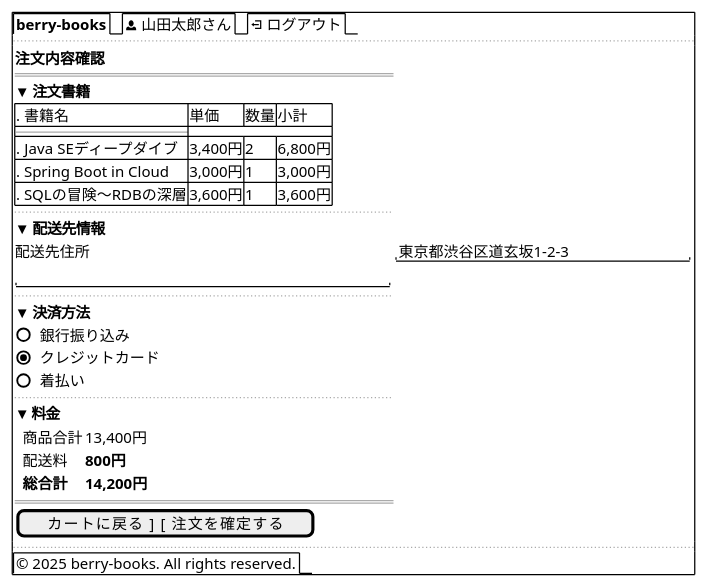
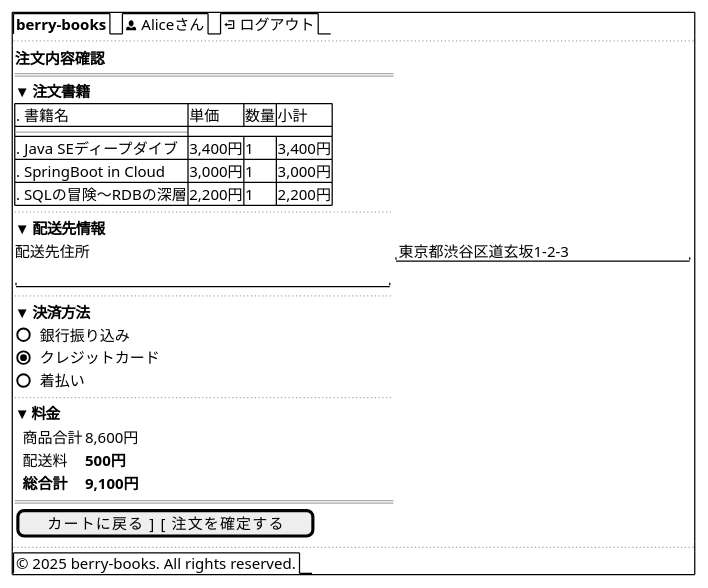
Before and after one commit to KenyaSaitoh/ai_dev_training_202512: the sixth of 13 diagrams in projects/java/berry-books-spec-driven/specs/wireframes.md, drawn with PlantUML. The commit also changed other lines of this file and 13 other files, not shown here.

````diff
--- a/projects/java/berry-books-spec-driven/specs/wireframes.md
+++ b/projects/java/berry-books-spec-driven/specs/wireframes.md
@@ -321,40 +321,40 @@
 ```plantuml
 @startsalt
 {+
-  {/ <b>berry-books</b> | <&person> 山田太郎さん | <&account-logout> ログアウト }
+  {/ <b>berry-books</b> | <&person> Aliceさん | <&account-logout> ログアウト }
   ..
   {
     <b>注文内容確認</b>
     ==
     <b>▼ 注文書籍</b>
     {#
       . 書籍名                    | 単価      | 数量 | 小計
       --
-      . Java SEディープダイブ      | 3,400円   | 2   | 6,800円
-      . Spring Boot in Cloud     | 3,000円   | 1   | 3,000円
-      . SQLの冒険～RDBの深層       | 3,600円   | 1   | 3,600円
+      . Java SEディープダイブ      | 3,400円   | 1   | 3,400円
+      . SpringBoot in Cloud      | 3,000円   | 1   | 3,000円
+      . SQLの冒険～RDBの深層       | 2,200円   | 1   | 2,200円
     }
     ..
     <b>▼ 配送先情報</b>
     配送先住所 | "東京都渋谷区道玄坂1-2-3               "
                | "                                     "
     ..
     <b>▼ 決済方法</b>
     ( ) 銀行振り込み
     (X) クレジットカード
     ( ) 着払い
     ..
     <b>▼ 料金</b>
     {
-      . | 商品合計   | 13,400円
-      . | 配送料     | <b>800円</b>
-      . | <b>総合計</b> | <b>14,200円</b>
+      . | 商品合計   | 8,600円
+      . | 配送料     | <b>500円</b>
+      . | <b>総合計</b> | <b>9,100円</b>
     }
     ==
     [  カートに戻る  ]  [    注文を確定する    ]
   }
   ..
   {/ © 2025 berry-books. All rights reserved. }
 }
 @endsalt
 ```
````
